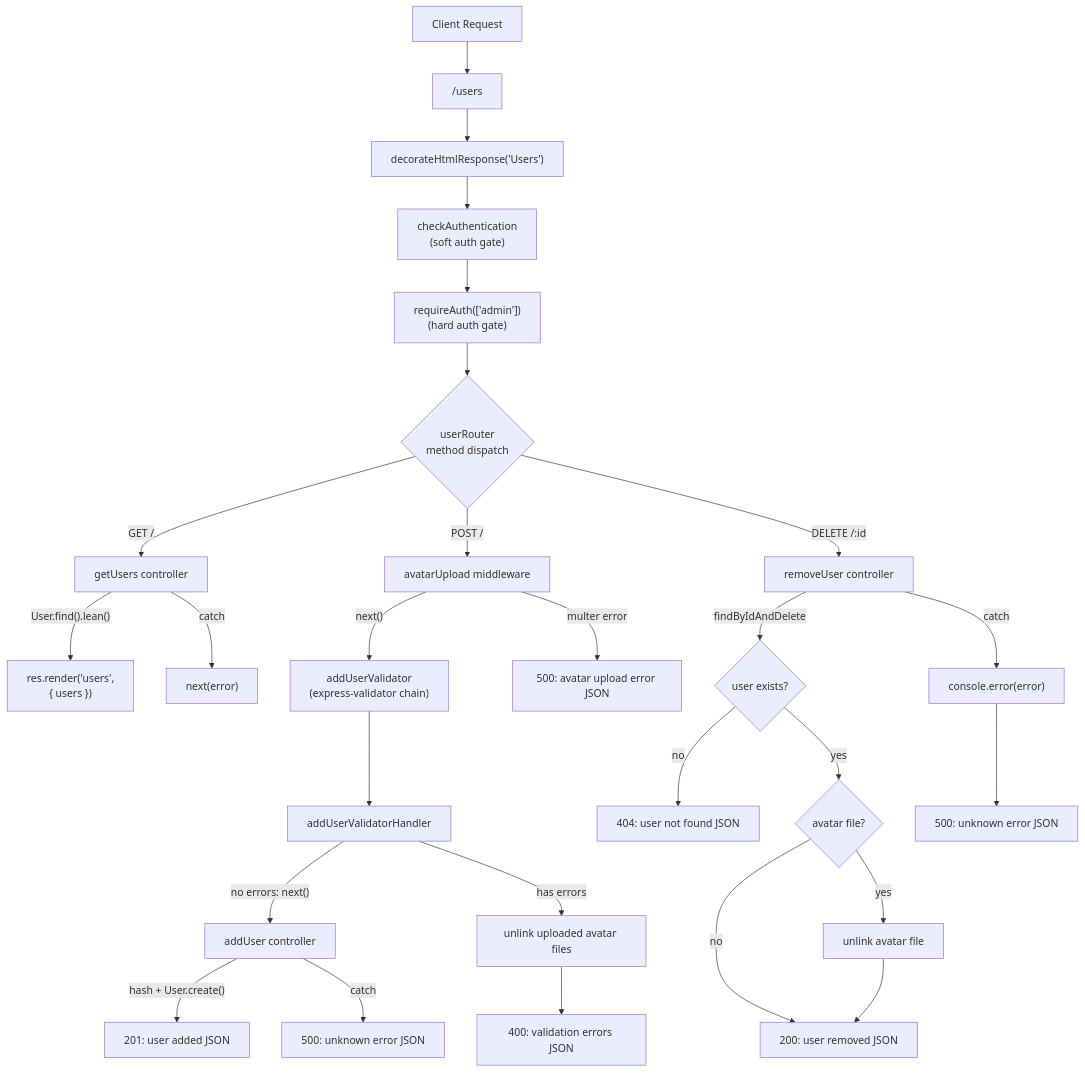
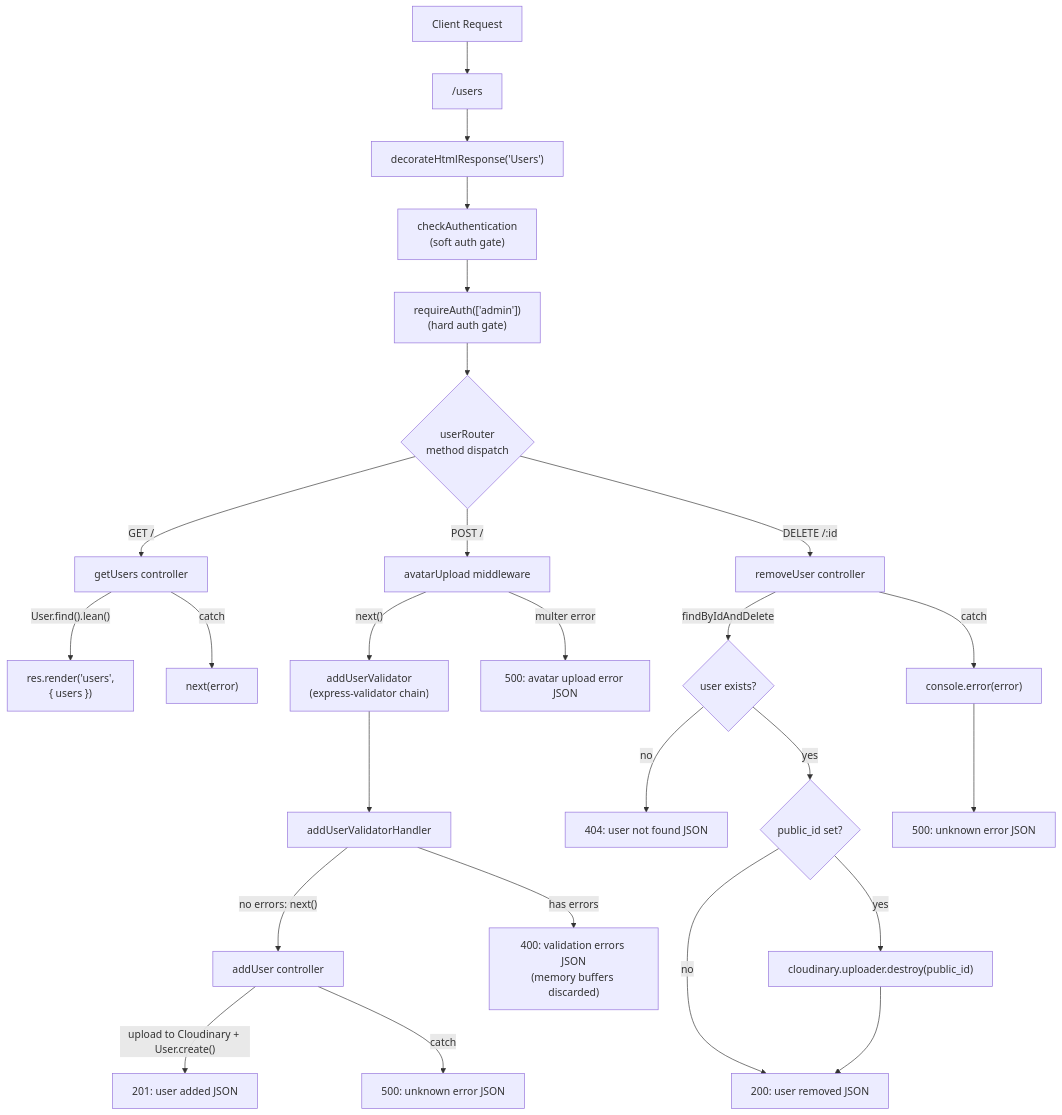
One commit to git-rubayedFoysal/chat_application changed the diagram in docs/users-router-flow.md. Above: the diagram before and after it, drawn with Mermaid. The commit also changed 35 other files, not shown here.

````diff
--- a/docs/users-router-flow.md
+++ b/docs/users-router-flow.md
@@ -3,43 +3,42 @@
 ```mermaid
 flowchart TD
     %% Entry point
     Client["Client Request"] --> Route["/users"]
 
     %% Shared middleware chain (runs for all methods on /users)
     Route --> Decorate["decorateHtmlResponse('Users')"]
     Decorate --> CheckAuth["checkAuthentication<br/>(soft auth gate)"]
     CheckAuth --> RequireAuth["requireAuth(['admin'])<br/>(hard auth gate)"]
 
     %% Router dispatch by method
     RequireAuth --> Router{"userRouter<br/>method dispatch"}
 
     %% GET /users
     Router -- "GET /" --> GetUsers["getUsers controller"]
     GetUsers -- "User.find().lean()" --> RenderUsers["res.render('users',<br/>{ users })"]
     GetUsers -- "catch" --> NextErr["next(error)"]
 
     %% POST /users
     Router -- "POST /" --> AvatarUpload["avatarUpload middleware"]
     AvatarUpload -- "next()" --> AddUserValidator["addUserValidator<br/>(express-validator chain)"]
     AvatarUpload -- "multer error" --> AvatarErr["500: avatar upload error JSON"]
 
     AddUserValidator --> ValidatorHandler["addUserValidatorHandler"]
 
     ValidatorHandler -- "no errors: next()" --> AddUser["addUser controller"]
-    ValidatorHandler -- "has errors" --> CleanupFiles["unlink uploaded avatar files"]
-    CleanupFiles --> ValErr["400: validation errors JSON"]
+    ValidatorHandler -- "has errors" --> ValErr["400: validation errors JSON<br/>(memory buffers discarded)"]
 
-    AddUser -- "hash + User.create()" --> Success201["201: user added JSON"]
+    AddUser -- "upload to Cloudinary + User.create()" --> Success201["201: user added JSON"]
     AddUser -- "catch" --> Err500["500: unknown error JSON"]
 
     %% DELETE /users/:id
     Router -- "DELETE /:id" --> RemoveUser["removeUser controller"]
     RemoveUser -- "findByIdAndDelete" --> UserFound{"user exists?"}
     UserFound -- "no" --> Err404["404: user not found JSON"]
-    UserFound -- "yes" --> AvatarExists{"avatar file?"}
-    AvatarExists -- "yes" --> UnlinkAvatar["unlink avatar file"]
+    UserFound -- "yes" --> AvatarExists{"public_id set?"}
+    AvatarExists -- "yes" --> DestroyAvatar["cloudinary.uploader.destroy(public_id)"]
     AvatarExists -- "no" --> Success200["200: user removed JSON"]
-    UnlinkAvatar --> Success200
+    DestroyAvatar --> Success200
     RemoveUser -- "catch" --> LogError["console.error(error)"]
     LogError --> Err500Del["500: unknown error JSON"]
 ```
````
